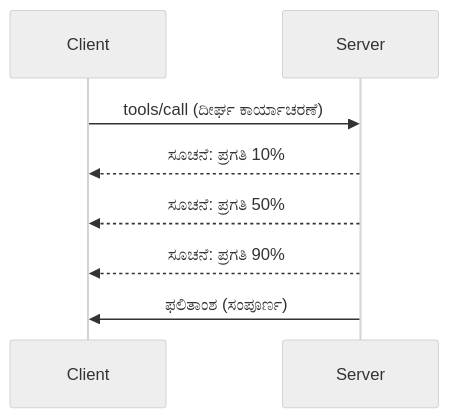
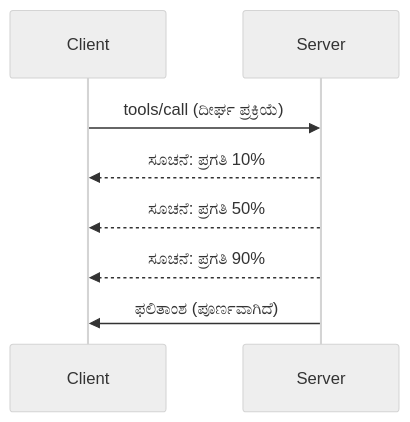
One commit to HIDORAKAI002/ai-workspace-archive changed the diagram in mcp_ecosystem__model_context_protocol/mcp_learning_resources/mcp-for-beginners/translations/kn/05-AdvancedTopics/mcp-protocol-features/README.md. Above: the diagram before and after it, drawn with Mermaid (neutral theme). The commit also changed other lines of this file and 1046 other files, not shown here.

````diff
--- a/mcp_ecosystem__model_context_protocol/mcp_learning_resources/mcp-for-beginners/translations/kn/05-AdvancedTopics/mcp-protocol-features/README.md
+++ b/mcp_ecosystem__model_context_protocol/mcp_learning_resources/mcp-for-beginners/translations/kn/05-AdvancedTopics/mcp-protocol-features/README.md
@@ -22,11 +24,11 @@
 ```mermaid
 sequenceDiagram
     participant Client
     participant Server
     
-    Client->>Server: tools/call (ದೀರ್ಘ ಕಾರ್ಯಾಚರಣೆ)
+    Client->>Server: tools/call (ದೀರ್ಘ ಪ್ರಕ್ರಿಯೆ)
     Server-->>Client: ಸೂಚನೆ: ಪ್ರಗತಿ 10%
     Server-->>Client: ಸೂಚನೆ: ಪ್ರಗತಿ 50%
     Server-->>Client: ಸೂಚನೆ: ಪ್ರಗತಿ 90%
-    Server->>Client: ಫಲಿತಾಂಶ (ಸಂಪೂರ್ಣ)
+    Server->>Client: ಫಲಿತಾಂಶ (ಪೂರ್ಣವಾಗಿದೆ)
 ```
````
